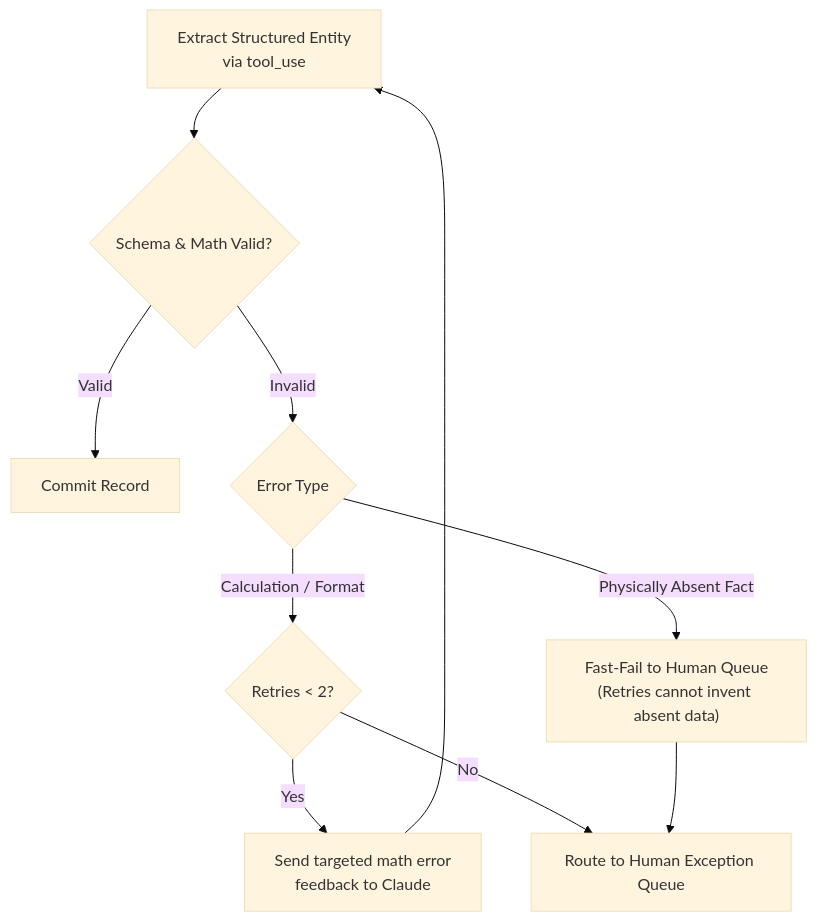
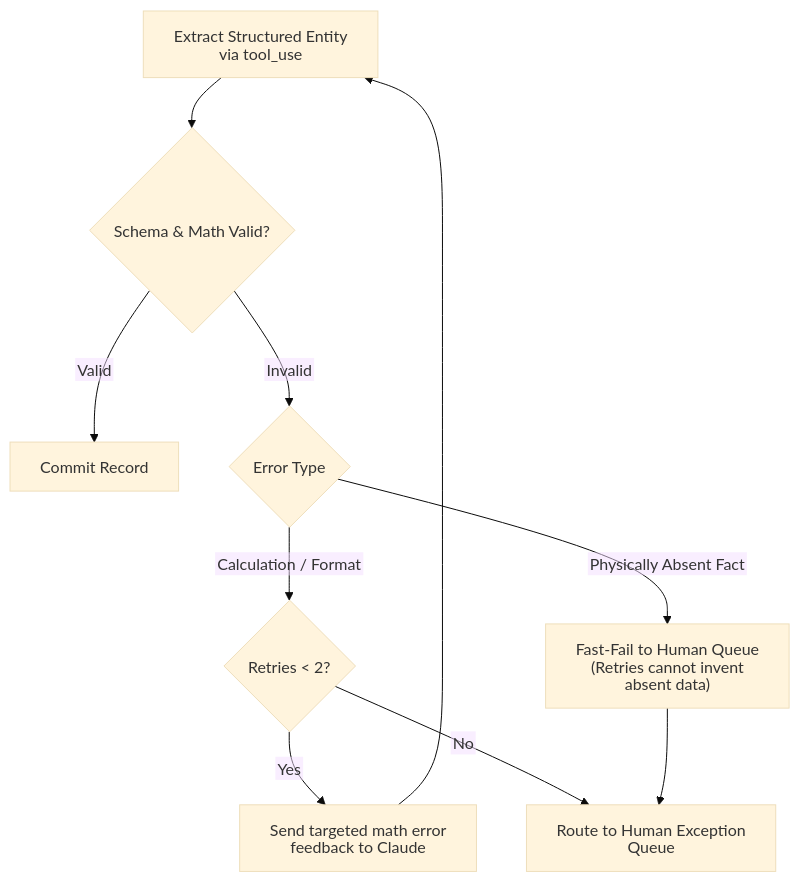
One commit to dip4k/claude_cert_architect_foundation_prep changed the fourth of 6 diagrams in EXAM_REFRESHER.md. Above: the diagram before and after it, drawn with Mermaid (base theme). The commit also changed other lines of this file and 88 other files, not shown here.

First line of the commit message:
fix(mermaid): standardize GitHub Mermaid rendering across repo

````diff
--- a/EXAM_REFRESHER.md
+++ b/EXAM_REFRESHER.md
@@ -219,12 +227,16 @@
 ```mermaid
+---
+config:
+  htmlLabels: false
+---
 flowchart TD
     Extr["Extract Structured Entity<br>via tool_use"] --> Val{"Schema & Math Valid?"}
     Val -->|"Valid"| Success["Commit Record"]
     Val -->|"Invalid"| ErrorType{"Error Type"}
-    ErrorType -->|"Calculation / Format"| CanRetry{"Retries < 2?"}
+    ErrorType -->|"Calculation / Format"| CanRetry{"Retries &lt; 2?"}
     CanRetry -->|"Yes"| Feedback["Send targeted math error<br>feedback to Claude"]
     Feedback --> Extr
     CanRetry -->|"No"| HumanQueue["Route to Human Exception Queue"]
     ErrorType -->|"Physically Absent Fact"| FastFail["Fast-Fail to Human Queue<br>(Retries cannot invent absent data)"]
     FastFail --> HumanQueue
 ```
````
